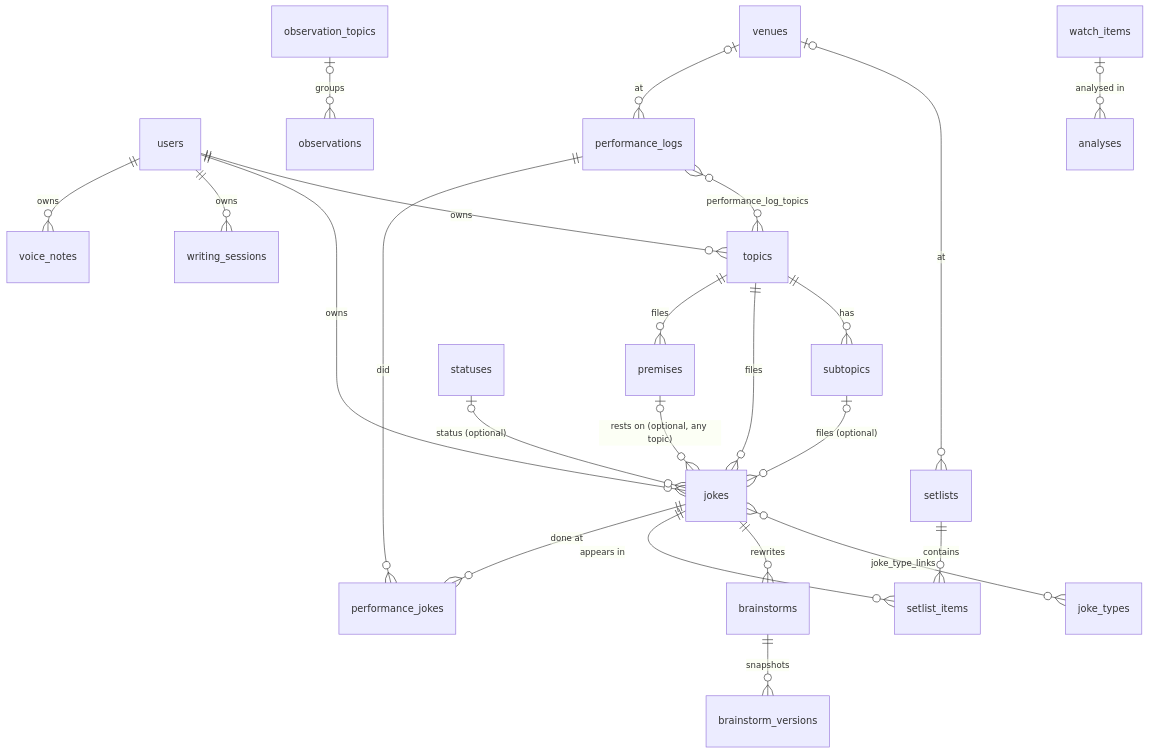
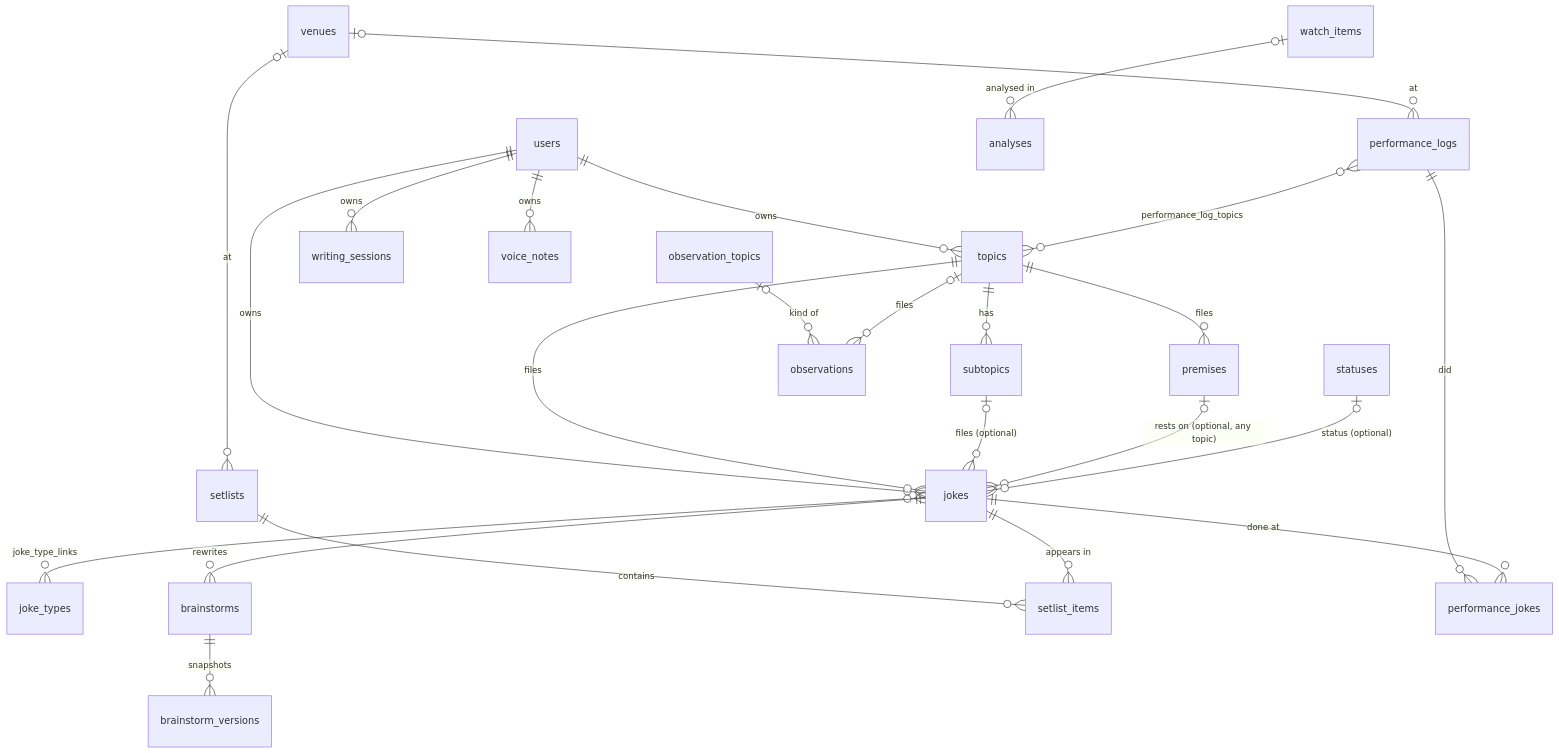
The diagram in docs/data-model.md (s-samarth/joke-box), drawn with Mermaid before and after one commit. The commit also changed other lines of this file and 42 other files, not shown here.

First line of the commit message:
feat(observations): file observations under joke topics, with kinds and a sorter (#120)

````diff
--- a/docs/data-model.md
+++ b/docs/data-model.md
@@ -26,25 +26,26 @@
 ```mermaid
 erDiagram
   users ||--o{ topics : owns
   users ||--o{ jokes : owns
   topics ||--o{ subtopics : has
   topics ||--o{ jokes : files
   subtopics |o--o{ jokes : "files (optional)"
   topics ||--o{ premises : files
   premises |o--o{ jokes : "rests on (optional, any topic)"
   statuses |o--o{ jokes : "status (optional)"
   jokes }o--o{ joke_types : joke_type_links
   jokes ||--o{ brainstorms : rewrites
   brainstorms ||--o{ brainstorm_versions : snapshots
   setlists ||--o{ setlist_items : contains
   jokes ||--o{ setlist_items : "appears in"
   venues |o--o{ setlists : at
   venues |o--o{ performance_logs : at
   performance_logs }o--o{ topics : performance_log_topics
   performance_logs ||--o{ performance_jokes : did
   jokes ||--o{ performance_jokes : "done at"
-  observation_topics |o--o{ observations : groups
+  observation_topics |o--o{ observations : "kind of"
+  topics |o--o{ observations : files
   watch_items |o--o{ analyses : "analysed in"
   users ||--o{ writing_sessions : owns
   users ||--o{ voice_notes : owns
 ```
````
